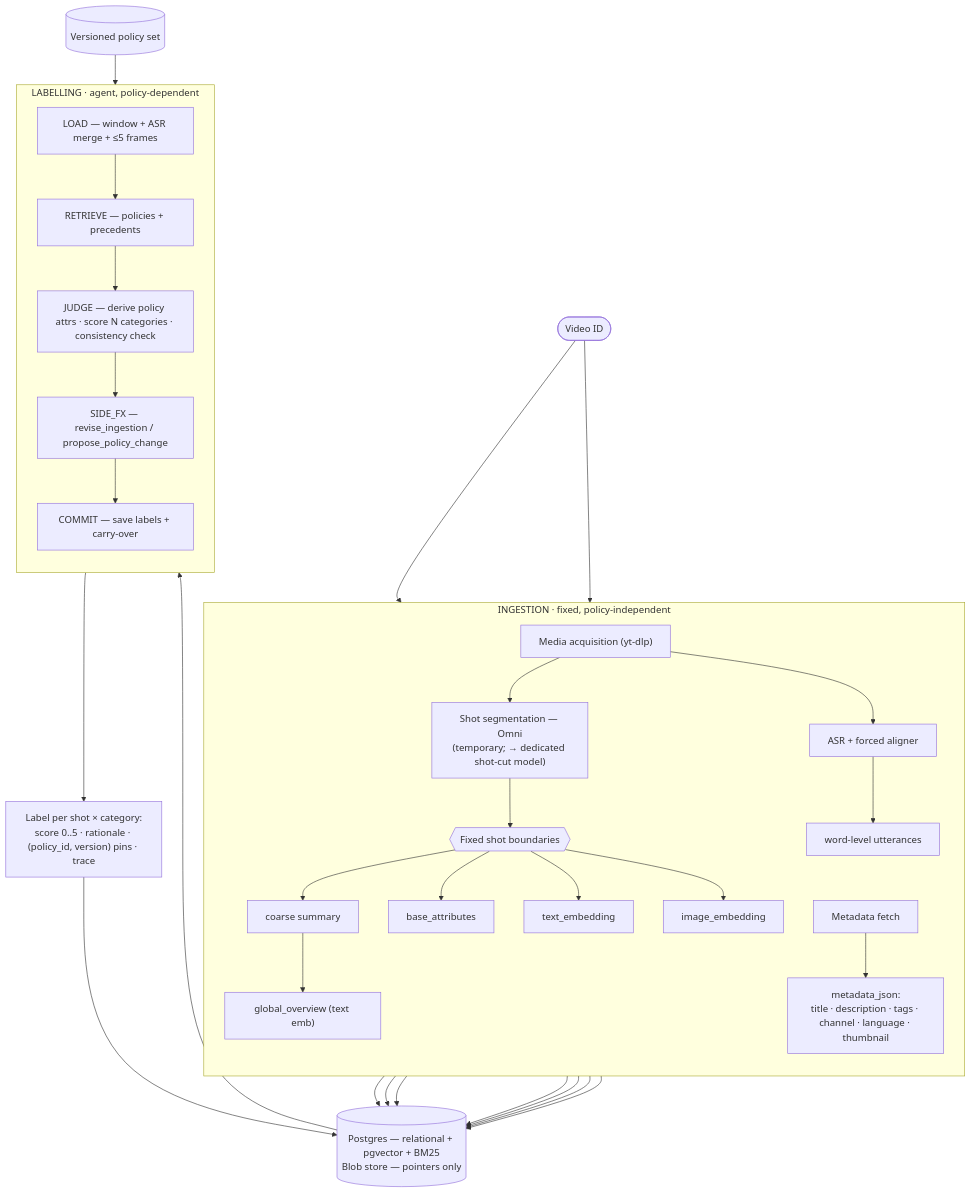
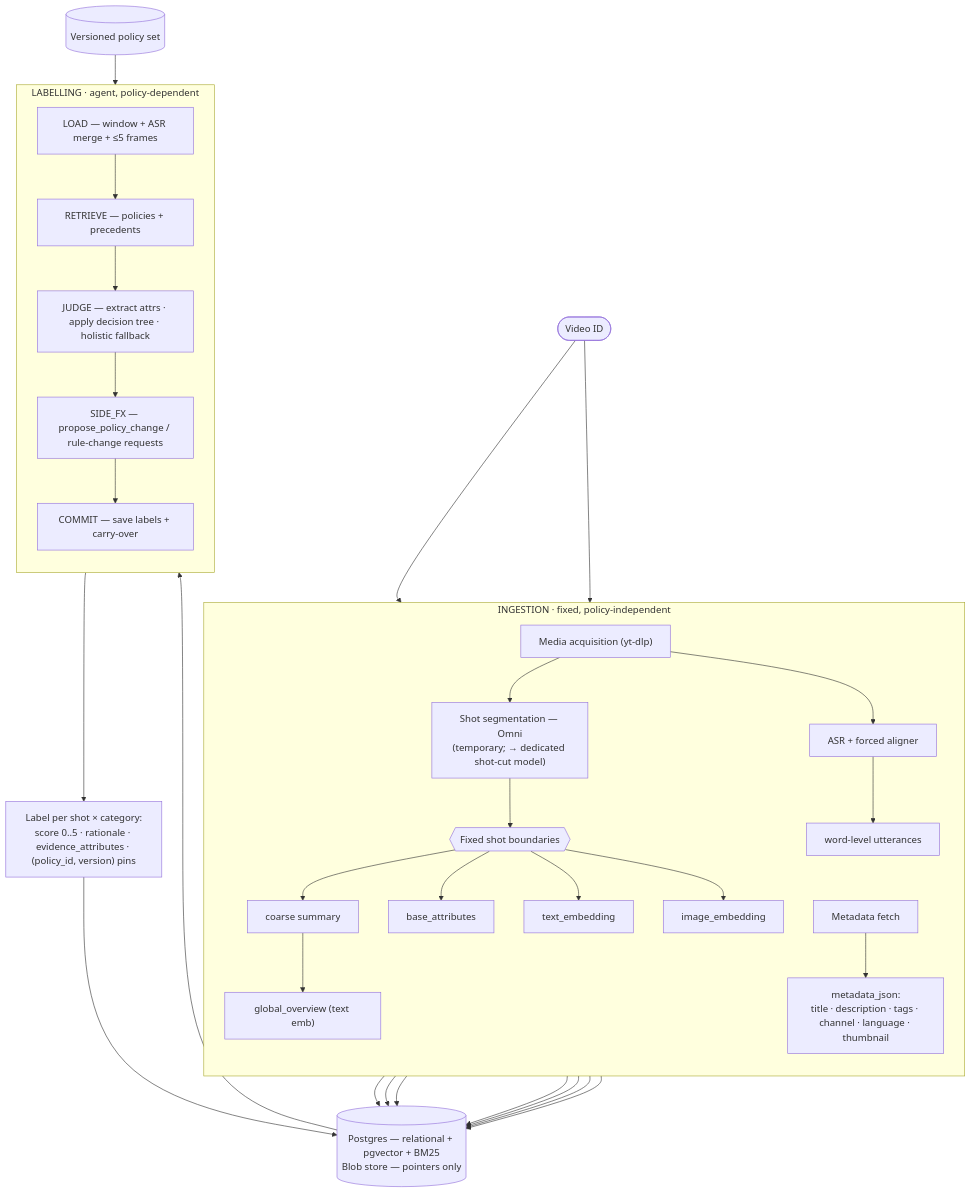
One commit to jhoowy/GV-Auto-Labelling-Agent changed the diagram in docs/DATA_FLOW.md. Above: the diagram before and after it, drawn with Mermaid. The commit also changed other lines of this file and 5 other files, not shown here.

First line of the commit message:
Update docs to match the policy redesign (attribute-driven JUDGE, decision tree, provenance)

````diff
--- a/docs/DATA_FLOW.md
+++ b/docs/DATA_FLOW.md
@@ -9,48 +9,48 @@
 ```mermaid
 flowchart TB
   VID(["Video ID"])
 
   subgraph ING["INGESTION · fixed, policy-independent"]
     direction TB
     ACQ["Media acquisition (yt-dlp)"]
     MET["Metadata fetch"]
     SEG["Shot segmentation — Omni<br/>(temporary; → dedicated shot-cut model)"]
     BND{{"Fixed shot boundaries"}}
     SUM["coarse summary"]
     ATT["base_attributes"]
     TE["text_embedding"]
     IE["image_embedding"]
     ASR["ASR + forced aligner"]
     UTT["word-level utterances"]
     GOV["global_overview (text emb)"]
     MJ["metadata_json:<br/>title · description · tags · channel · language · thumbnail"]
 
     ACQ --> SEG --> BND
     BND --> SUM & ATT & TE & IE
     ACQ --> ASR --> UTT
     SUM --> GOV
     MET --> MJ
   end
 
   VID --> ACQ & MET
 
   STORE[("Postgres — relational + pgvector + BM25<br/>Blob store — pointers only")]
   POL[("Versioned policy set")]
 
   SUM & ATT & TE & IE & GOV & UTT & MJ --> STORE
 
   subgraph LAB["LABELLING · agent, policy-dependent"]
     direction TB
     LOAD["LOAD — window + ASR merge + ≤5 frames"]
     RET["RETRIEVE — policies + precedents"]
-    JUDGE["JUDGE — derive policy attrs · score N categories · consistency check"]
-    SFX["SIDE_FX — revise_ingestion / propose_policy_change"]
+    JUDGE["JUDGE — extract attrs · apply decision tree · holistic fallback"]
+    SFX["SIDE_FX — propose_policy_change / rule-change requests"]
     COM["COMMIT — save labels + carry-over"]
     LOAD --> RET --> JUDGE --> SFX --> COM
   end
 
   STORE --> LOAD
   POL --> RET
-  COM --> LBL["Label per shot × category:<br/>score 0..5 · rationale · (policy_id, version) pins · trace"]
+  COM --> LBL["Label per shot × category:<br/>score 0..5 · rationale · evidence_attributes · (policy_id, version) pins"]
   LBL --> STORE
 ```
````
